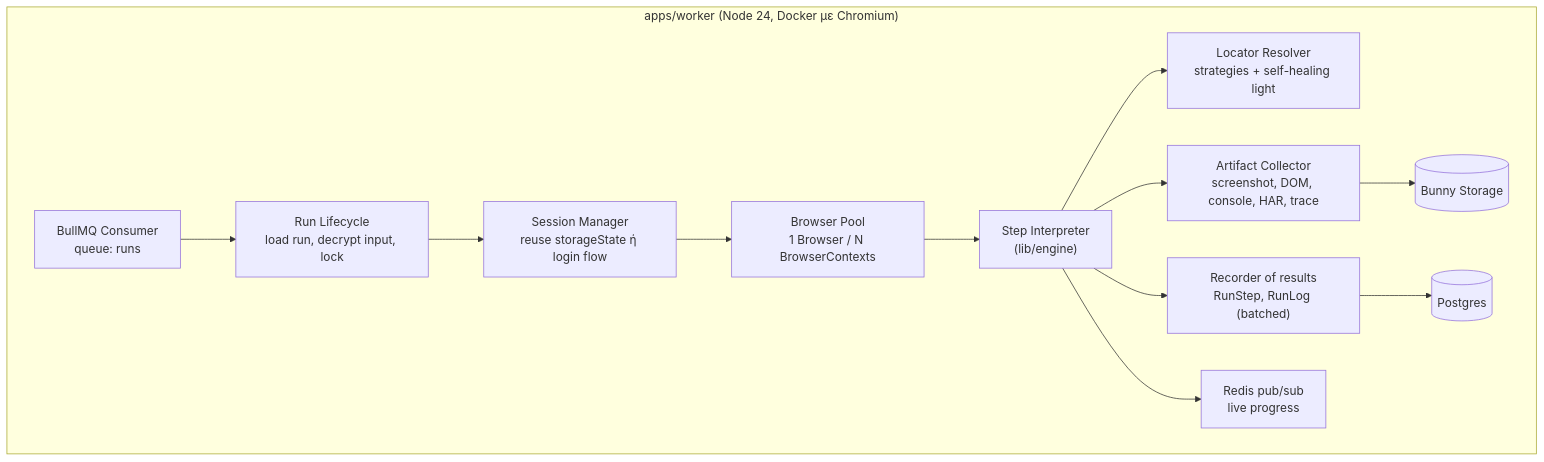
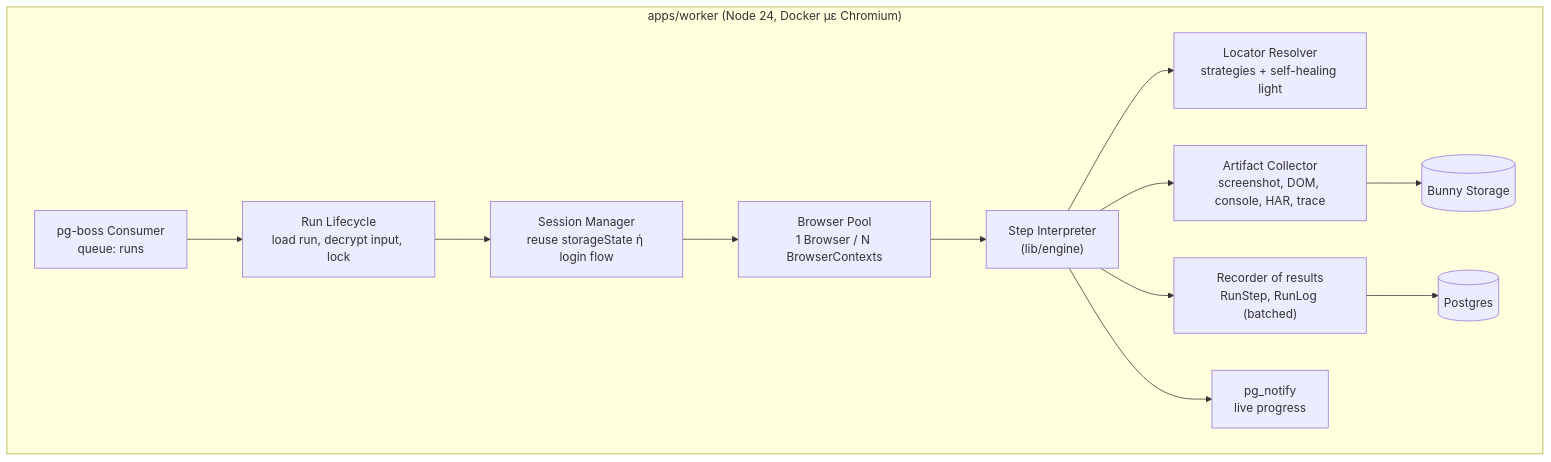
The first of 2 diagrams in docs/06-execution-engine.md (cloudzeus/DG-Complete), drawn with Mermaid before and after one commit. The commit also changed other lines of this file and 25 other files, not shown here.

First line of the commit message:
docs: ADR-022 — no Redis/Valkey; queues with pg-boss, coordination in Postgres

````diff
--- a/docs/06-execution-engine.md
+++ b/docs/06-execution-engine.md
@@ -5,15 +5,15 @@
 ```mermaid
 flowchart TB
   subgraph Worker["apps/worker (Node 24, Docker με Chromium)"]
-    C["BullMQ Consumer\nqueue: runs"] --> L["Run Lifecycle\nload run, decrypt input, lock"]
+    C["pg-boss Consumer\nqueue: runs"] --> L["Run Lifecycle\nload run, decrypt input, lock"]
     L --> SM["Session Manager\nreuse storageState ή login flow"]
     SM --> BP["Browser Pool\n1 Browser / N BrowserContexts"]
     BP --> EX["Step Interpreter\n(lib/engine)"]
     EX --> LR["Locator Resolver\nstrategies + self-healing light"]
     EX --> REC["Recorder of results\nRunStep, RunLog (batched)"]
     EX --> ART["Artifact Collector\nscreenshot, DOM, console, HAR, trace"]
     ART --> BN[("Bunny Storage")]
     REC --> DB[("Postgres")]
-    EX --> PUB["Redis pub/sub\nlive progress"]
+    EX --> PUB["pg_notify\nlive progress"]
   end
 ```
````
